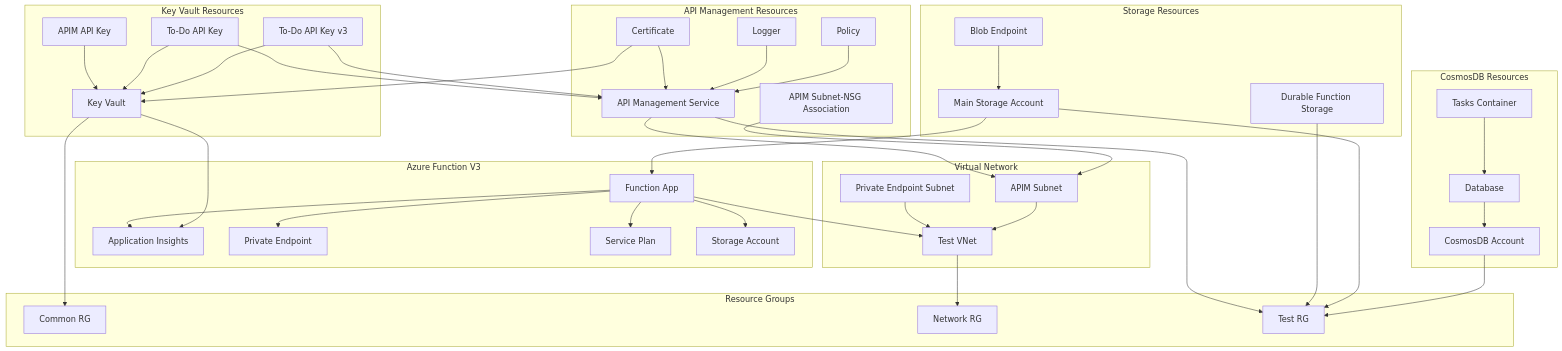
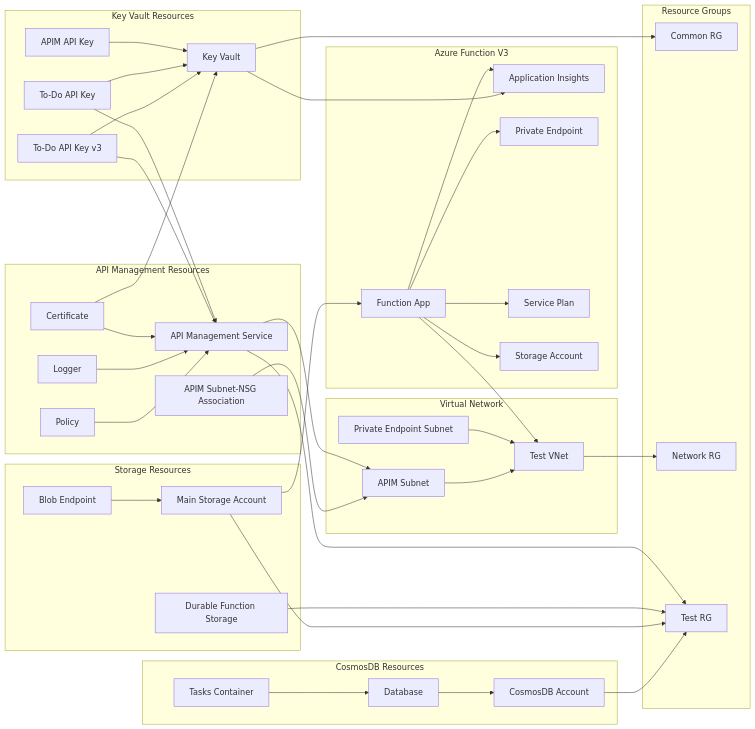
The diagram in infra/resources/dev/README.md (pagopa/dx-playground), drawn with Mermaid before and after one commit. The commit also changed 1 other file, not shown here.

Commit message:
fix: change ollama model

````diff
--- a/infra/resources/dev/README.md
+++ b/infra/resources/dev/README.md
@@ -9,5 +9,5 @@
 ```mermaid
-graph TD
+graph LR
   subgraph KeyVault["Key Vault Resources"]
     KV_Common["Key Vault"]
     Secret_APIM["APIM API Key"]
````
